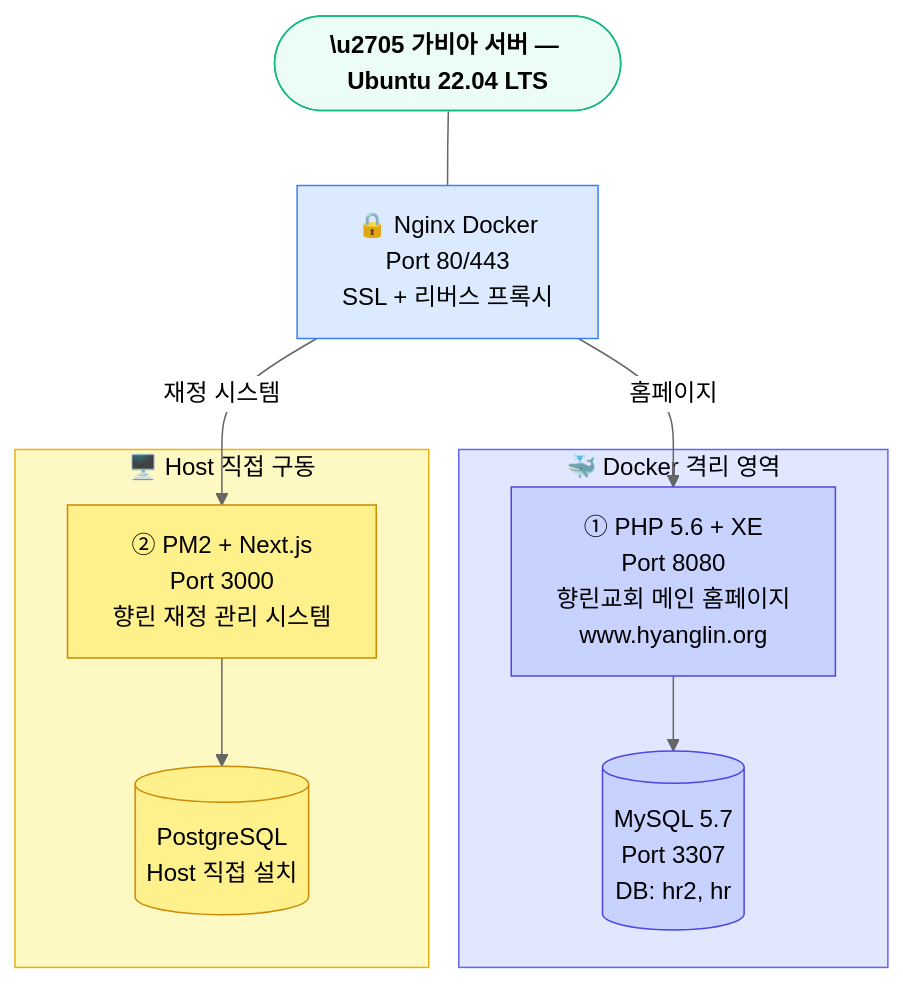
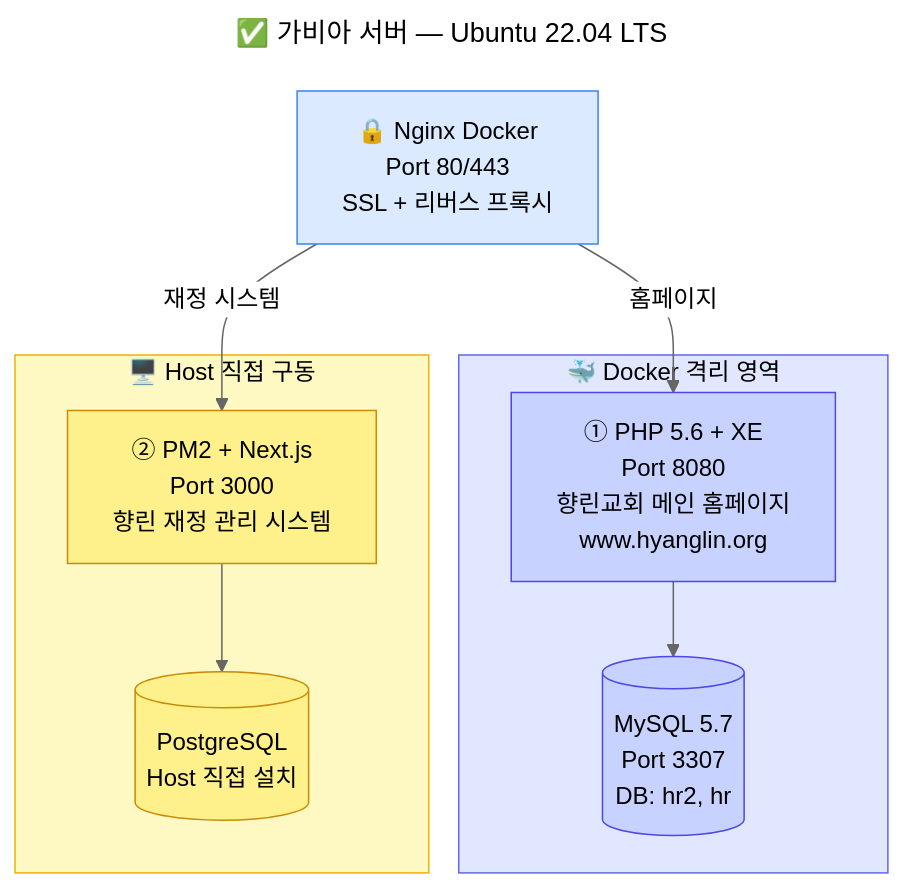
The second of 4 diagrams in docs/legacy-vs-modern-architecture.md (extralee/hyanglin-homepage-design), drawn with Mermaid (neutral theme) before and after one commit. The commit also changed other lines of this file, not shown here.

First line of the commit message:
docs: 아키텍처 다이어그램 제목 표시 방식 개선 (YAML Frontmatter 적용)

````diff
--- a/docs/legacy-vs-modern-architecture.md
+++ b/docs/legacy-vs-modern-architecture.md
@@ -57,31 +55,29 @@
 ```mermaid
+---
+title: ✅ 가비아 서버 — Ubuntu 22.04 LTS
+---
 flowchart TD
-  title_gabia(["\u2705 가비아 서버 — Ubuntu 22.04 LTS"])
-  title_gabia --- nginx
-
   nginx["🔒 Nginx Docker<br>Port 80/443<br>SSL + 리버스 프록시"]
 
   subgraph docker_zone["🐳 Docker 격리 영역"]
     xe["① PHP 5.6 + XE<br>Port 8080<br>향린교회 메인 홈페이지<br>www.hyanglin.org"]
     mysql[("MySQL 5.7<br>Port 3307<br>DB: hr2, hr")]
   end
 
   subgraph host_zone["🖥️ Host 직접 구동"]
     nextjs["② PM2 + Next.js<br>Port 3000<br>향린 재정 관리 시스템"]
     pg[("PostgreSQL<br>Host 직접 설치")]
   end
 
   nginx -->|"홈페이지"| xe
   nginx -->|"재정 시스템"| nextjs
   xe --> mysql
   nextjs --> pg
-
-  style title_gabia fill:#ecfdf5,stroke:#10b981,color:#000,font-weight:bold
   style nginx fill:#dbeafe,stroke:#3b82f6,color:#000
   style docker_zone fill:#e0e7ff,stroke:#6366f1,color:#000
   style xe fill:#c7d2fe,stroke:#4f46e5,color:#000
   style mysql fill:#c7d2fe,stroke:#4f46e5,color:#000
   style host_zone fill:#fef9c3,stroke:#eab308,color:#000
   style nextjs fill:#fef08a,stroke:#ca8a04,color:#000
   style pg fill:#fef08a,stroke:#ca8a04,color:#000
 ```
````
